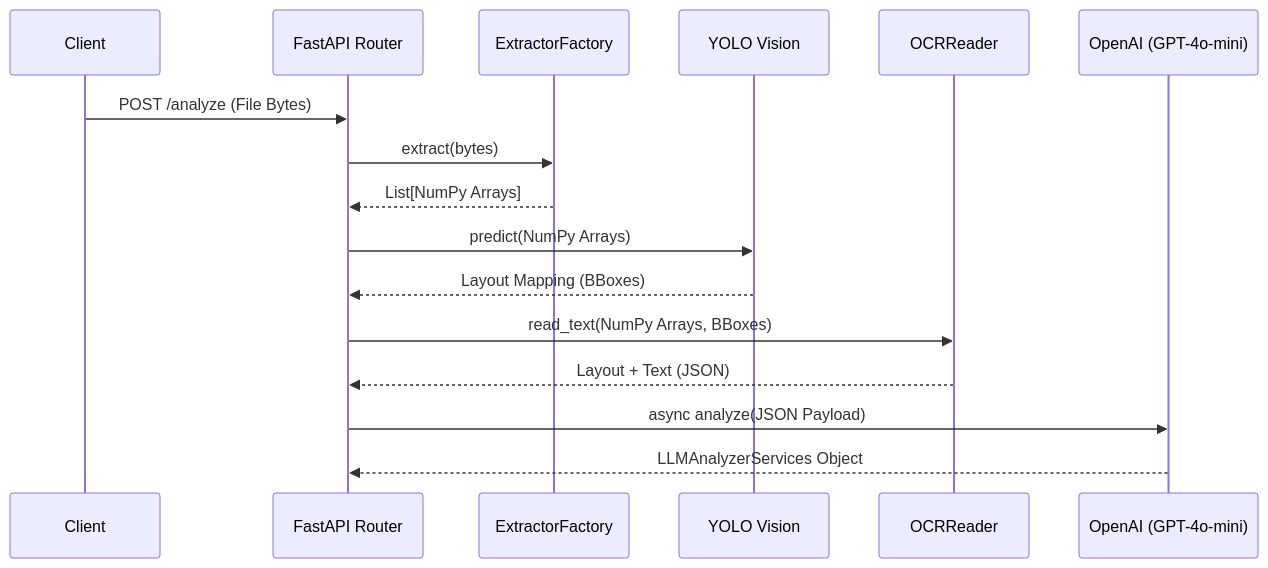
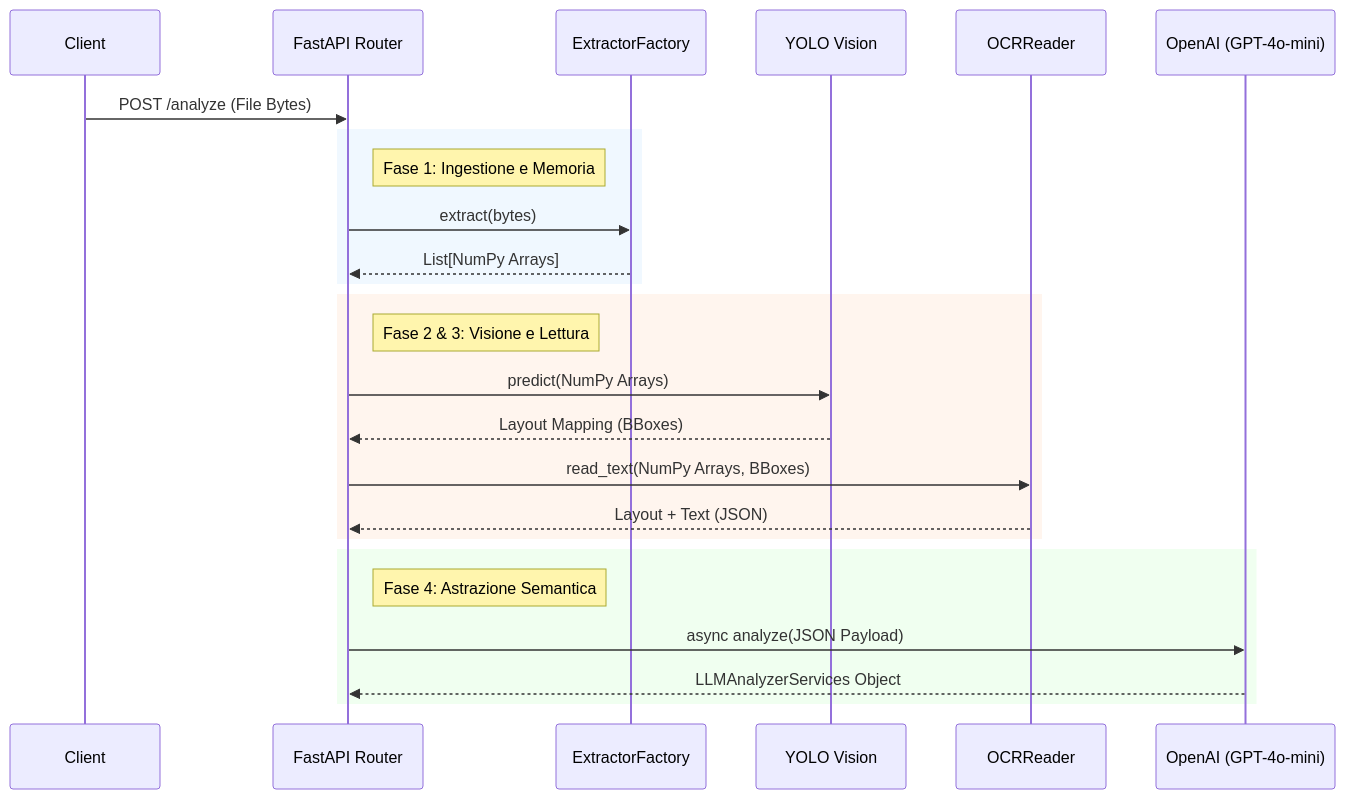
Before and after one commit to Emanuele-Antonini/Sistema-di-Analisi-e-Classificazione-Documentale-Intelligente-OCR-LLM-: the diagram in README.md, drawn with Mermaid. The commit also changed other lines of this file, not shown here.

````diff
--- a/README.md
+++ b/README.md
@@ -10,19 +72,31 @@
-```mermaid
-sequenceDiagram
-    participant C as Client
-    participant R as FastAPI Router
-    participant F as ExtractorFactory
-    participant Y as YOLO Vision
-    participant O as OCRReader
-    participant LLM as OpenAI (GPT-4o-mini)
+        <div class="mermaid">
+            sequenceDiagram
+                participant C as Client
+                participant R as FastAPI Router
+                participant F as ExtractorFactory
+                participant Y as YOLO Vision
+                participant O as OCRReader
+                participant LLM as OpenAI (GPT-4o-mini)
 
-    C->>R: POST /analyze (File Bytes)
-    R->>F: extract(bytes)
-    F-->>R: List[NumPy Arrays]
-    R->>Y: predict(NumPy Arrays)
-    Y-->>R: Layout Mapping (BBoxes)
-    R->>O: read_text(NumPy Arrays, BBoxes)
-    O-->>R: Layout + Text (JSON)
-    R->>LLM: async analyze(JSON Payload)
-    LLM-->>R: LLMAnalyzerServices Object
-```
+                C->>R: POST /analyze (File Bytes)
+                
+                rect rgb(240, 248, 255)
+                note right of R: Fase 1: Ingestione e Memoria
+                R->>F: extract(bytes)
+                F-->>R: List[NumPy Arrays]
+                end
+
+                rect rgb(255, 245, 238)
+                note right of R: Fase 2 & 3: Visione e Lettura
+                R->>Y: predict(NumPy Arrays)
+                Y-->>R: Layout Mapping (BBoxes)
+                R->>O: read_text(NumPy Arrays, BBoxes)
+                O-->>R: Layout + Text (JSON)
+                end
+
+                rect rgb(240, 255, 240)
+                note right of R: Fase 4: Astrazione Semantica
+                R->>LLM: async analyze(JSON Payload)
+                LLM-->>R: LLMAnalyzerServices Object
+                end
+        </div>
````
